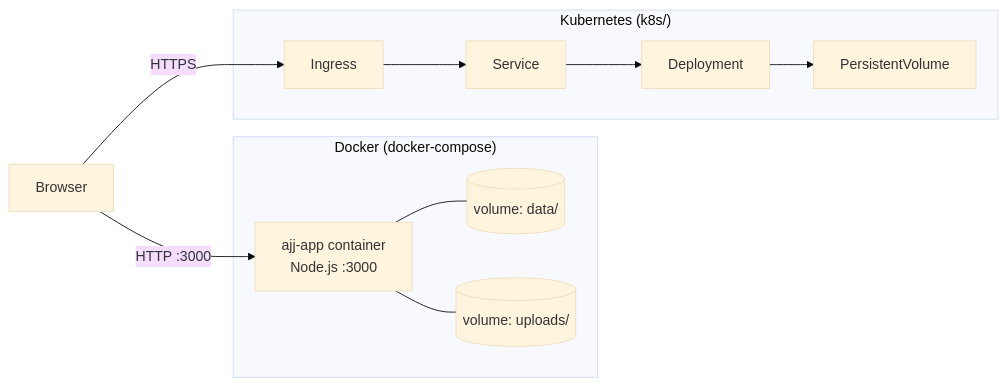
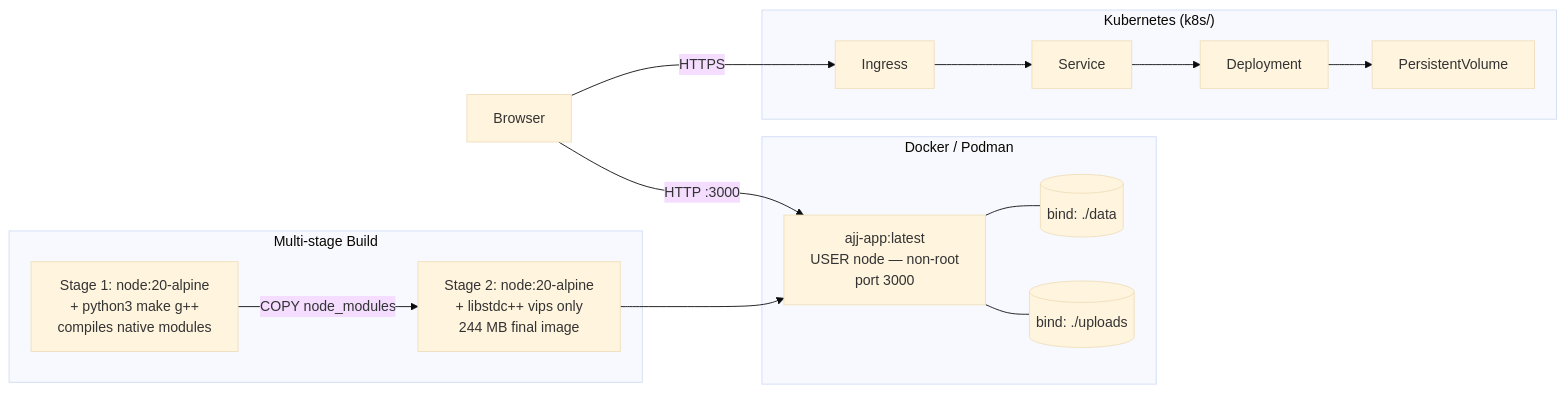
One commit to aairom/ajj-clone changed the fourth of 4 diagrams in Docs/Architecture.md. Above: the diagram before and after it, drawn with Mermaid (base theme). The commit also changed 3 other files, not shown here.

````diff
--- a/Docs/Architecture.md
+++ b/Docs/Architecture.md
@@ -148,21 +148,28 @@
 ```mermaid
 graph LR
-    subgraph Docker["Docker (docker-compose)"]
-        APP[ajj-app container<br/>Node.js :3000]
-        VOL_DB[(volume: data/)]
-        VOL_UP[(volume: uploads/)]
+    subgraph Build["Multi-stage Build"]
+        B1[Stage 1: node:20-alpine<br/>+ python3 make g++<br/>compiles native modules]
+        B2[Stage 2: node:20-alpine<br/>+ libstdc++ vips only<br/>244 MB final image]
+        B1 -->|COPY node_modules| B2
+    end
+
+    subgraph Container["Docker / Podman"]
+        APP[ajj-app:latest<br/>USER node — non-root<br/>port 3000]
+        VOL_DB[(bind: ./data)]
+        VOL_UP[(bind: ./uploads)]
         APP --- VOL_DB
         APP --- VOL_UP
     end
 
     subgraph K8s["Kubernetes (k8s/)"]
         ING[Ingress]
         SVC[Service]
         DEP[Deployment]
         PV[PersistentVolume]
         ING --> SVC --> DEP --> PV
     end
 
+    B2 --> APP
     Browser -->|HTTPS| ING
     Browser -->|HTTP :3000| APP
 ```
````
